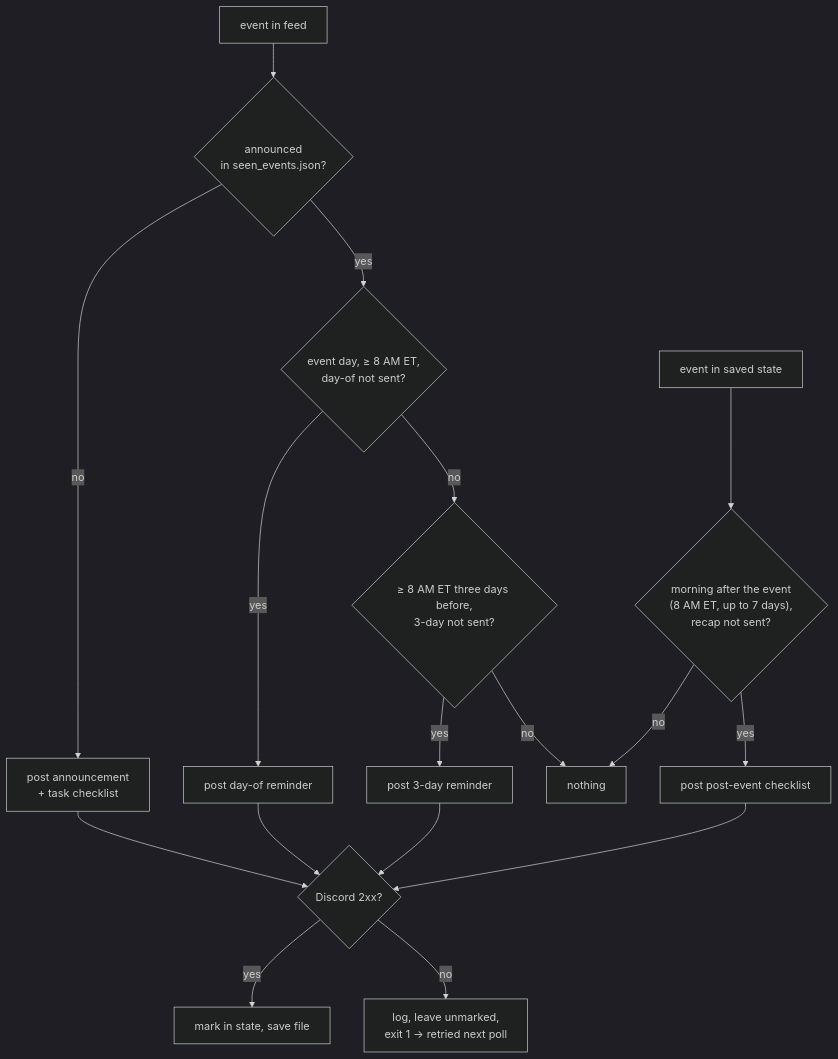
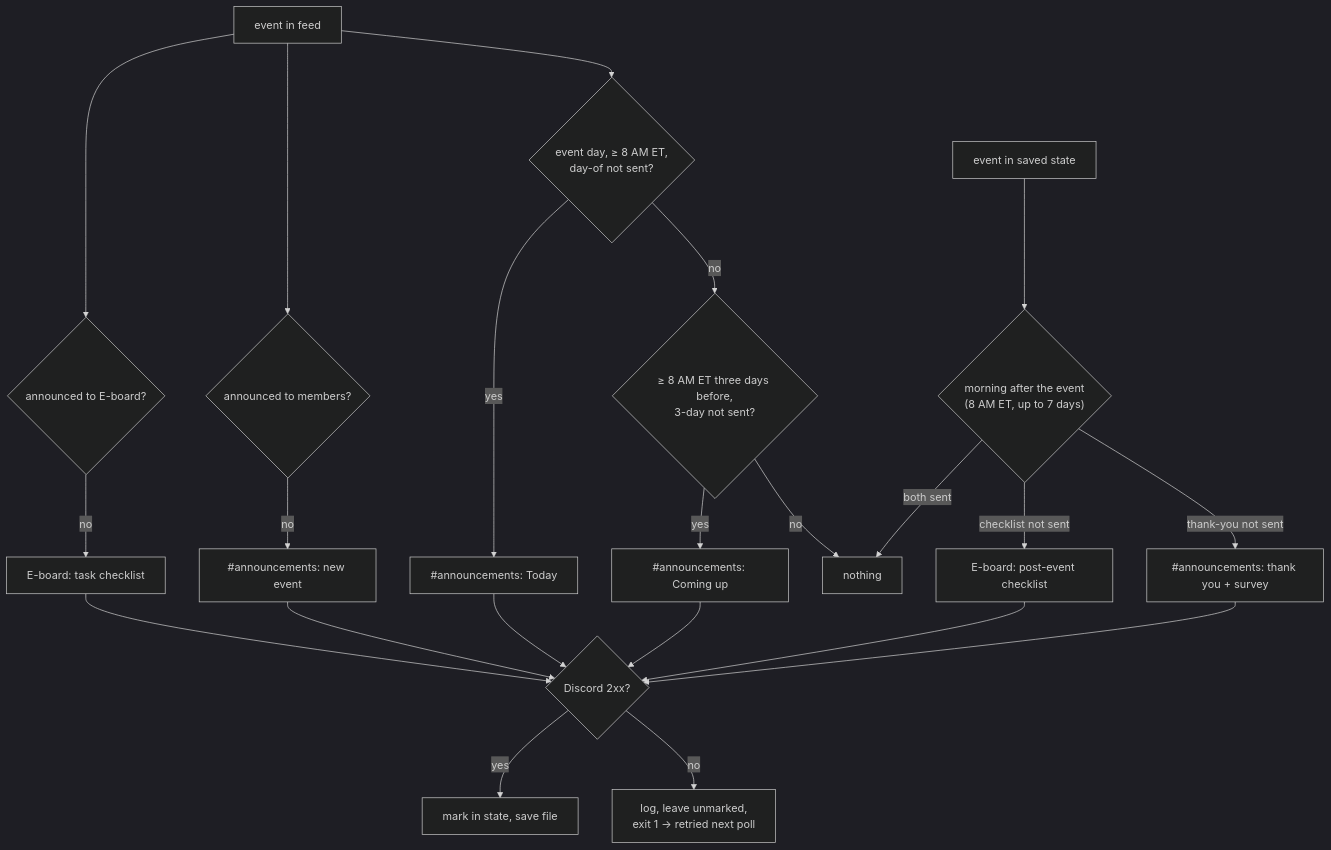
Before and after one commit to wakeensito/meetup-to-discord: the fourth of 4 diagrams in README.md, drawn with Mermaid (dark theme). The commit also changed other lines of this file and 4 other files, not shown here.

First line of the commit message:
Member-facing posts in #announcements, thank-you with survey link

````diff
--- a/README.md
+++ b/README.md
@@ -75,18 +84,21 @@
 ```mermaid
 flowchart TD
-    ev["event in feed"] --> known{"announced<br/>in seen_events.json?"}
-    known -- no --> announce["post announcement<br/>+ task checklist"]
-    known -- yes --> dayof{"event day, ≥ 8 AM ET,<br/>day-of not sent?"}
-    dayof -- yes --> post2["post day-of reminder"]
+    ev["event in feed"] --> known{"announced to E-board?"}
+    known -- no --> announce["E-board: task checklist"]
+    ev --> mknown{"announced to members?"}
+    mknown -- no --> mannounce["#announcements: new event"]
+    ev --> dayof{"event day, ≥ 8 AM ET,<br/>day-of not sent?"}
+    dayof -- yes --> post2["#announcements: Today"]
     dayof -- no --> three{"≥ 8 AM ET three days before,<br/>3-day not sent?"}
-    three -- yes --> post3["post 3-day reminder"]
+    three -- yes --> post3["#announcements: Coming up"]
     three -- no --> idle["nothing"]
 
-    saved["event in saved state"] --> recap{"morning after the event<br/>(8 AM ET, up to 7 days),<br/>recap not sent?"}
-    recap -- yes --> post4["post post-event checklist"]
-    recap -- no --> idle
+    saved["event in saved state"] --> recap{"morning after the event<br/>(8 AM ET, up to 7 days)"}
+    recap -- "checklist not sent" --> post4["E-board: post-event checklist"]
+    recap -- "thank-you not sent" --> post5["#announcements: thank you + survey"]
+    recap -- both sent --> idle
 
-    announce & post2 & post3 & post4 --> ok{"Discord 2xx?"}
+    announce & mannounce & post2 & post3 & post4 & post5 --> ok{"Discord 2xx?"}
     ok -- yes --> save["mark in state, save file"]
     ok -- no --> fail["log, leave unmarked,<br/>exit 1 → retried next poll"]
 ```
````
